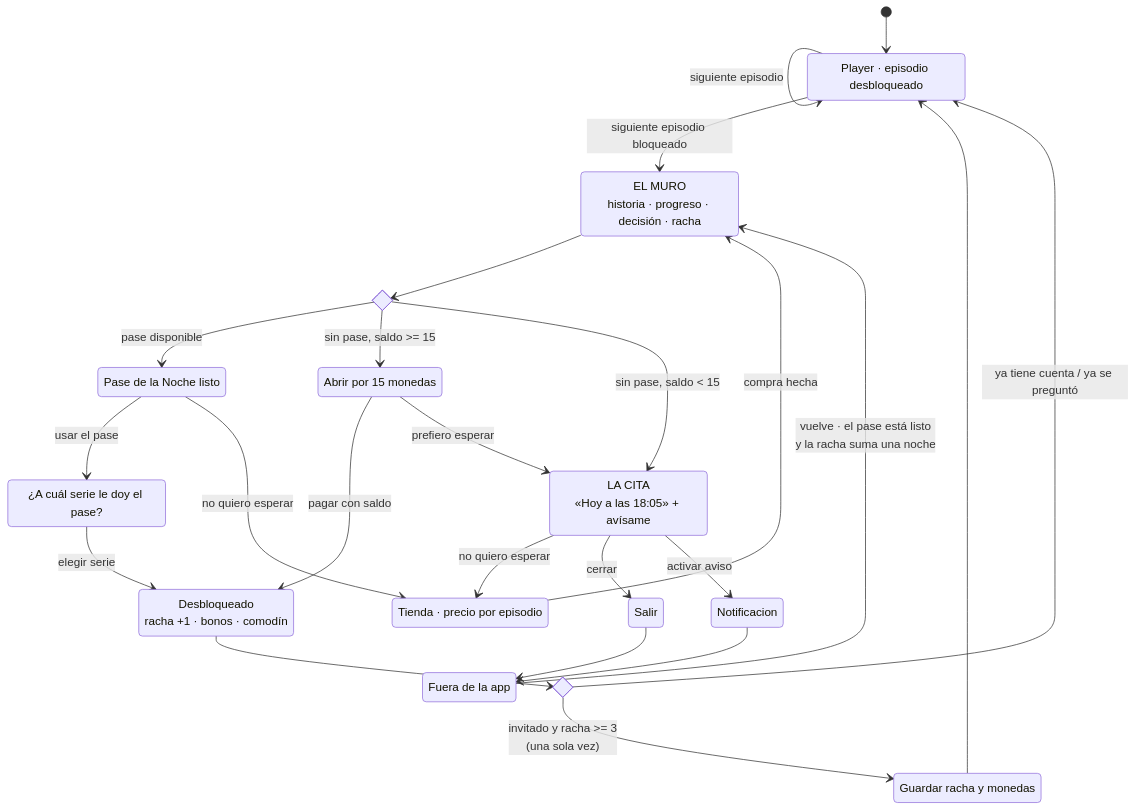
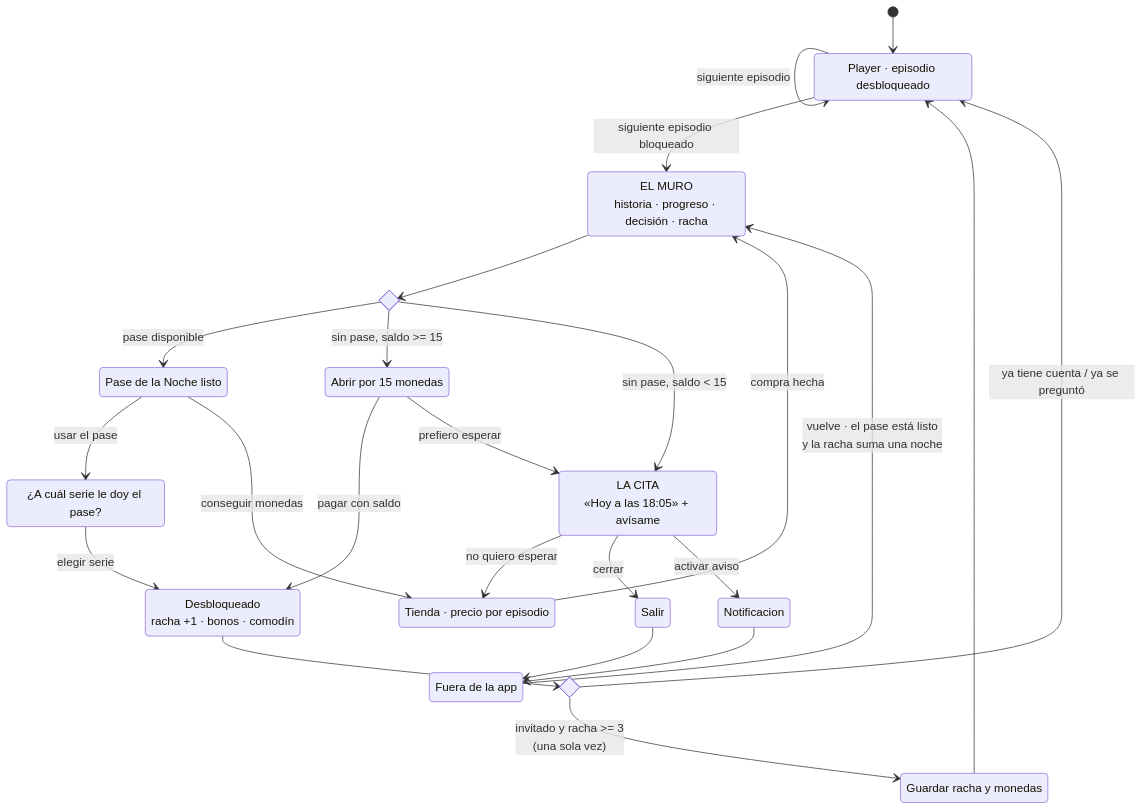
One commit to gabrielardzj/idilio-tv changed the diagram in docs/03-diseno/README.md. Above: the diagram before and after it, drawn with Mermaid. The commit also changed other lines of this file and 61 other files, not shown here.

````diff
--- a/docs/03-diseno/README.md
+++ b/docs/03-diseno/README.md
@@ -74,52 +74,52 @@
 ```mermaid
 stateDiagram-v2
     direction TB
 
     [*] --> Player
     Player: Player · episodio desbloqueado
     Player --> Player: siguiente episodio
 
     Player --> Muro: siguiente episodio bloqueado
     Muro: EL MURO<br/>historia · progreso · decisión · racha
 
     state elegir <<choice>>
     Muro --> elegir
 
     elegir --> PaseListo: pase disponible
     elegir --> ConSaldo: sin pase, saldo >= 15
     elegir --> Cita: sin pase, saldo < 15
 
     PaseListo: Pase de la Noche listo
     PaseListo --> Eleccion: usar el pase
-    PaseListo --> Tienda: no quiero esperar
+    PaseListo --> Tienda: conseguir monedas
 
     Eleccion: ¿A cuál serie le doy el pase?
     Eleccion --> Desbloqueo: elegir serie
 
     ConSaldo: Abrir por 15 monedas
     ConSaldo --> Desbloqueo: pagar con saldo
     ConSaldo --> Cita: prefiero esperar
 
     Cita: LA CITA<br/>«Hoy a las 18:05» + avísame
     Cita --> Tienda: no quiero esperar
     Cita --> Salir: cerrar
     Cita --> Notificacion: activar aviso
 
     Tienda: Tienda · precio por episodio
     Tienda --> Muro: compra hecha
 
     Desbloqueo: Desbloqueado<br/>racha +1 · bonos · comodín
 
     state cuenta <<choice>>
     Desbloqueo --> cuenta
     cuenta --> GuardarRacha: invitado y racha >= 3<br/>(una sola vez)
     cuenta --> Player: ya tiene cuenta / ya se preguntó
 
     GuardarRacha: Guardar racha y monedas
     GuardarRacha --> Player
 
     Salir --> FueraDeLaApp
     FueraDeLaApp: Fuera de la app
     Notificacion --> FueraDeLaApp
     FueraDeLaApp --> Muro: vuelve · el pase está listo<br/>y la racha suma una noche
 ```
````
